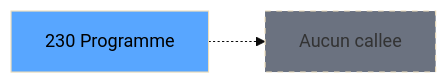
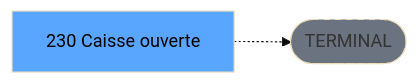
One commit to thonyAGP/lecteur-magic changed the third of 3 diagrams in .openspec/renders/ADH-IDE-230.md. Above: the diagram before and after it, drawn with Mermaid (base theme). The commit also changed other lines of this file and 701 other files, not shown here.

````diff
--- a/.openspec/renders/ADH-IDE-230.md
+++ b/.openspec/renders/ADH-IDE-230.md
@@ -124,8 +134,8 @@
 ```mermaid
 graph LR
-    T[230 Programme]
-    NONE[Aucun callee]
-    T -.-> NONE
+    T[230 Caisse ouverte]
+    TERM([TERMINAL])
+    T -.-> TERM
+    style TERM fill:#6b7280,stroke-dasharray: 5 5
     style T fill:#58a6ff,color:#000
-    style NONE fill:#6b7280,stroke-dasharray: 5 5
 ```
````
